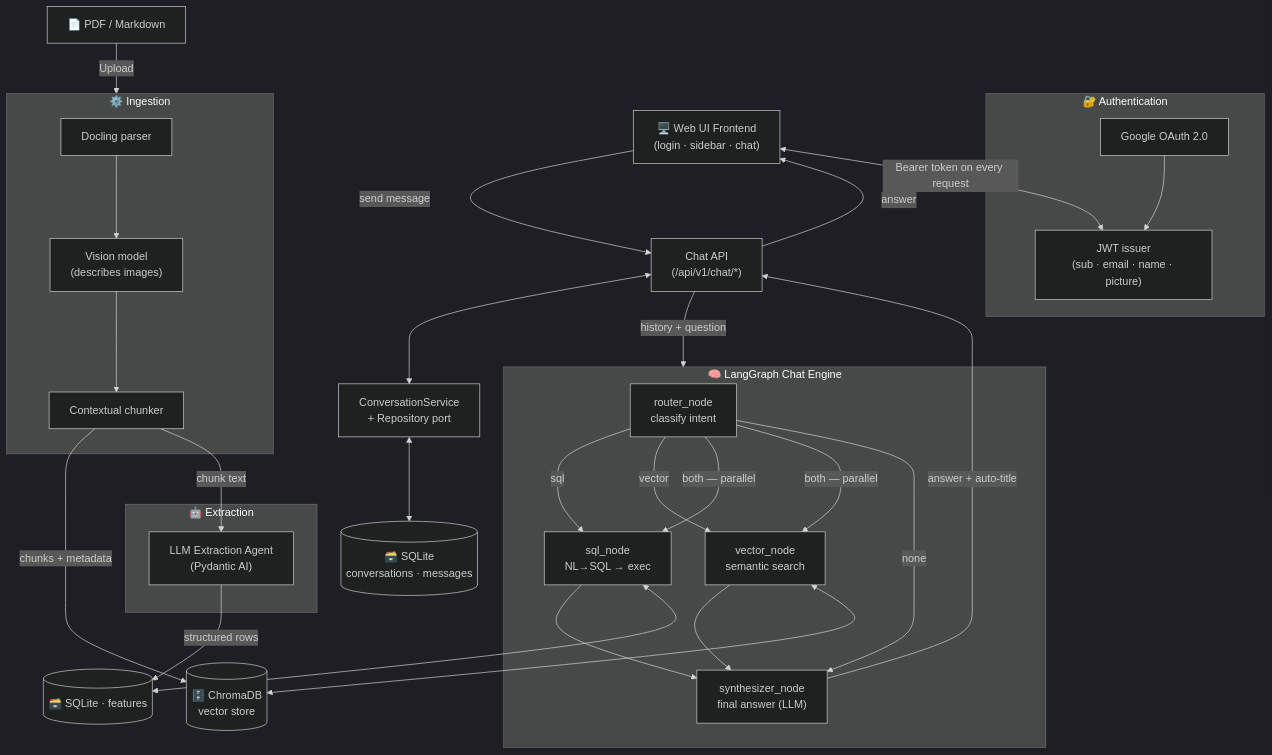
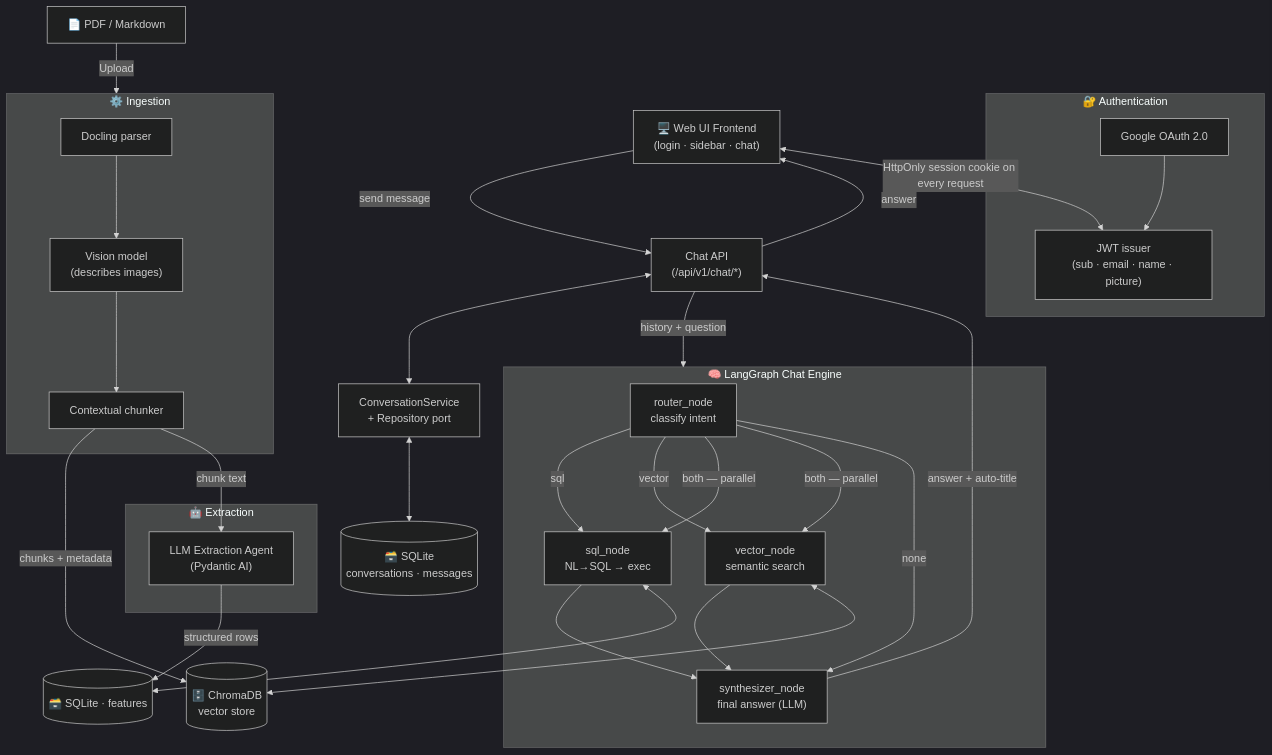
One commit to rioooranteai/argos changed the diagram in README.md. Above: the diagram before and after it, drawn with Mermaid (dark theme). The commit also changed other lines of this file and 11 other files, not shown here.

````diff
--- a/README.md
+++ b/README.md
@@ -19,54 +19,54 @@
 ```mermaid
 flowchart TD
     %% ─── Client ───
     UI["🖥️ Web UI Frontend\n(login · sidebar · chat)"]
 
     %% ─── Auth ───
     subgraph AUTH ["🔐 Authentication"]
         GOOGLE["Google OAuth 2.0"]
         JWT["JWT issuer\n(sub · email · name · picture)"]
         GOOGLE --> JWT
     end
-    UI <-->|Bearer token on every request| JWT
+    UI <-->|HttpOnly session cookie on every request| JWT
 
     %% ─── Ingestion + Extraction ───
     DOC["📄 PDF / Markdown"] -->|Upload| ING
     subgraph ING ["⚙️ Ingestion"]
         DOCLING["Docling parser"]
         VISION["Vision model\n(describes images)"]
         CHUNKER["Contextual chunker"]
         DOCLING --> VISION --> CHUNKER
     end
     CHUNKER -->|chunks + metadata| CHROMA[("🗄️ ChromaDB\nvector store")]
 
     subgraph EXT ["🤖 Extraction"]
         AGENT["LLM Extraction Agent\n(Pydantic AI)"]
     end
     CHUNKER -->|chunk text| AGENT
     AGENT -->|structured rows| FEATURES[("🗃️ SQLite · features")]
 
     %% ─── Conversation persistence ───
     UI -->|send message| CHATAPI["Chat API\n(/api/v1/chat/*)"]
     CHATAPI <--> CONVSVC["ConversationService\n+ Repository port"]
     CONVSVC <--> CONVDB[("🗃️ SQLite\nconversations · messages")]
 
     %% ─── Hybrid retrieval graph ───
     CHATAPI -->|history + question| GRAPH
     subgraph GRAPH ["🧠 LangGraph Chat Engine"]
         ROUTER["router_node\nclassify intent"]
         SQLN["sql_node\nNL→SQL → exec"]
         VECN["vector_node\nsemantic search"]
         SYNTH["synthesizer_node\nfinal answer (LLM)"]
         ROUTER -->|sql| SQLN
         ROUTER -->|vector| VECN
         ROUTER -->|both — parallel| SQLN
         ROUTER -->|both — parallel| VECN
         ROUTER -->|none| SYNTH
         SQLN --> SYNTH
         VECN --> SYNTH
     end
     SQLN <--> FEATURES
     VECN <--> CHROMA
     SYNTH -->|answer + auto-title| CHATAPI
     CHATAPI -->|answer| UI
 ```
````
